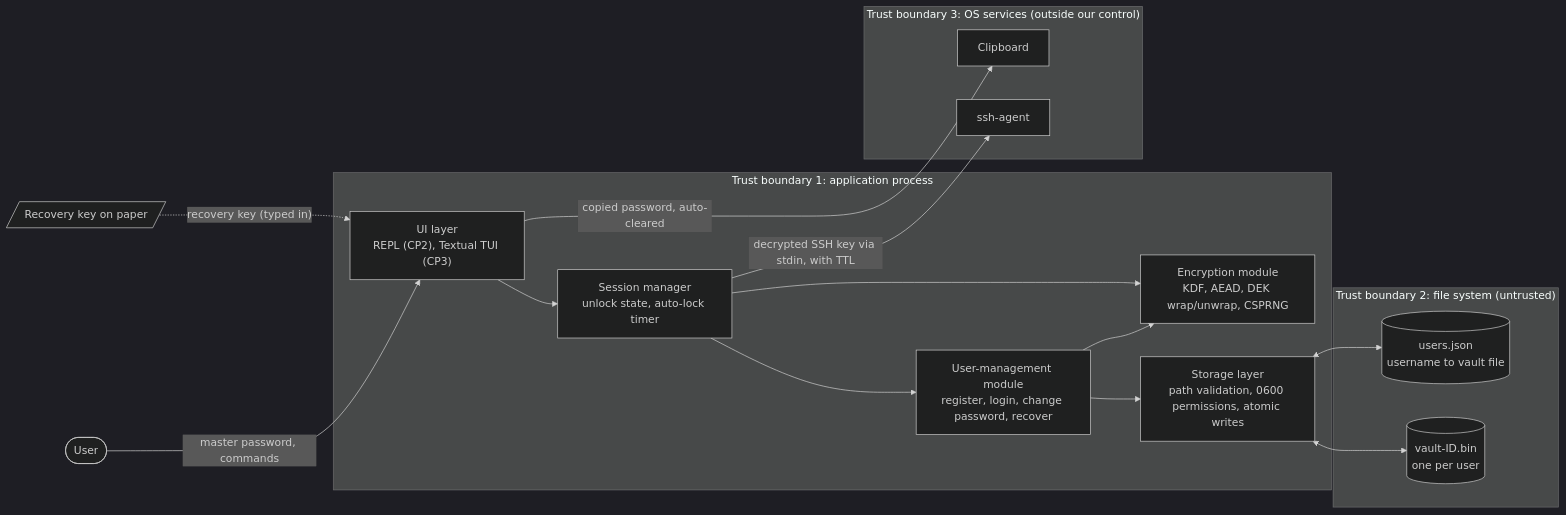
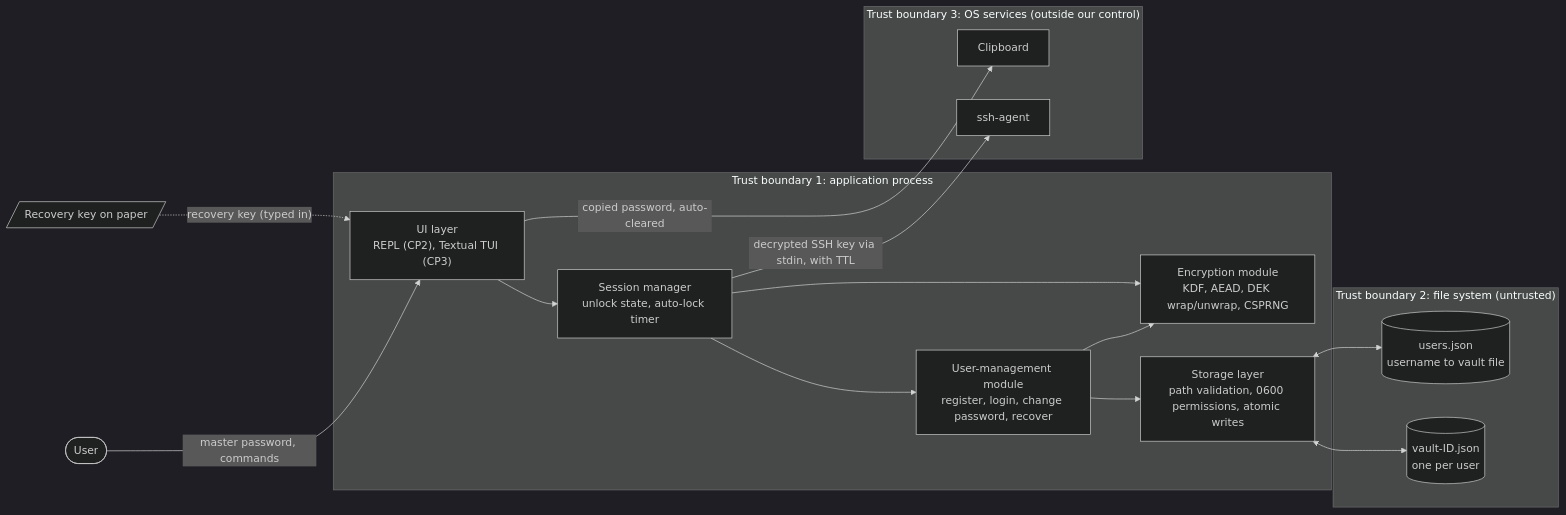
The first of 2 diagrams in DESIGN.md (OnarYusifov/secure-programming), drawn with Mermaid (dark theme) before and after one commit. The commit also changed other lines of this file, not shown here.

First line of the commit message:
docs: decide crypto scheme, vault format and libraries (#8)

````diff
--- a/DESIGN.md
+++ b/DESIGN.md
@@ -40,35 +40,35 @@
 ```mermaid
 flowchart LR
     user(["User"])
     paper[/"Recovery key on paper"/]
 
     subgraph TB1["Trust boundary 1: application process"]
         ui["UI layer<br/>REPL (CP2), Textual TUI (CP3)"]
         sess["Session manager<br/>unlock state, auto-lock timer"]
         um["User-management module<br/>register, login, change password, recover"]
         crypto["Encryption module<br/>KDF, AEAD, DEK wrap/unwrap, CSPRNG"]
         store["Storage layer<br/>path validation, 0600 permissions, atomic writes"]
     end
 
     subgraph TB2["Trust boundary 2: file system (untrusted)"]
         idx[("users.json<br/>username to vault file")]
-        vault[("vault-ID.bin<br/>one per user")]
+        vault[("vault-ID.json<br/>one per user")]
     end
 
     subgraph TB3["Trust boundary 3: OS services (outside our control)"]
         clip["Clipboard"]
         agent["ssh-agent"]
     end
 
     user -- "master password, commands" --> ui
     paper -. "recovery key (typed in)" .-> ui
     ui --> sess
     sess --> um
     um --> crypto
     um --> store
     sess --> crypto
     store <--> idx
     store <--> vault
     ui -- "copied password, auto-cleared" --> clip
     sess -- "decrypted SSH key via stdin, with TTL" --> agent
 ```
````
